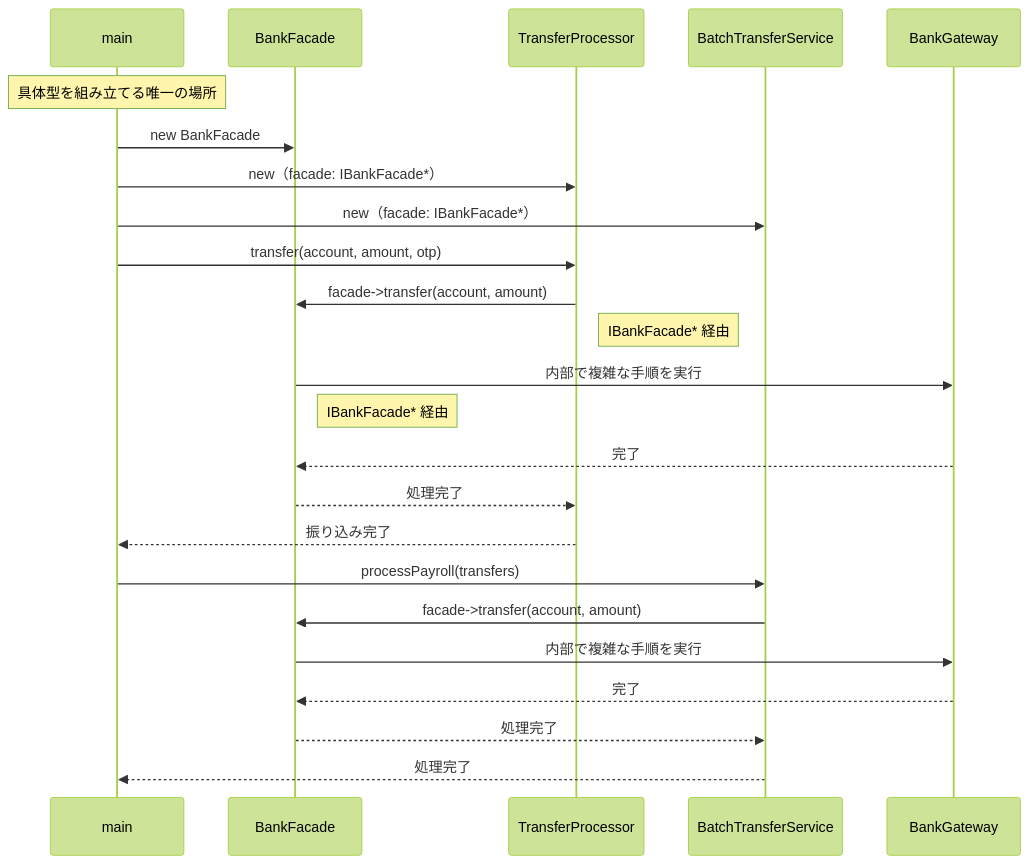
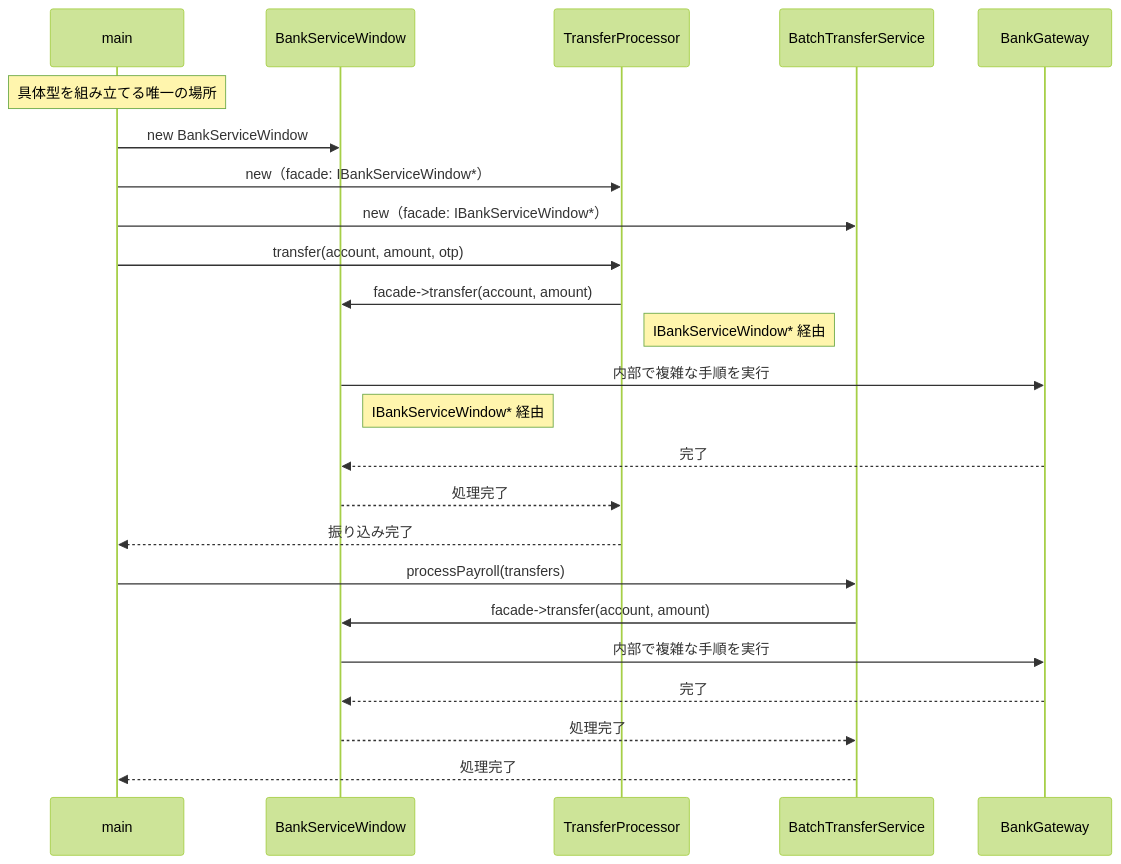
Before and after one commit to kumachan1101-pixel/DesignPattern: diagram 11 of 14 in kindle/design-patterns/output/chapter02.md, drawn with Mermaid (forest theme). The commit also changed other lines of this file and 2 other files, not shown here.

````diff
--- a/kindle/design-patterns/output/chapter02.md
+++ b/kindle/design-patterns/output/chapter02.md
@@ -1018,26 +1018,26 @@
 ```mermaid
 sequenceDiagram
     participant main
-    participant BF as BankFacade
+    participant BF as BankServiceWindow
     participant TP as TransferProcessor
     participant BTS as BatchTransferService
     participant BG as BankGateway
     Note over main: 具体型を組み立てる唯一の場所
-    main->>BF: new BankFacade
-    main->>TP: new（facade: IBankFacade*）
-    main->>BTS: new（facade: IBankFacade*）
+    main->>BF: new BankServiceWindow
+    main->>TP: new（facade: IBankServiceWindow*）
+    main->>BTS: new（facade: IBankServiceWindow*）
     main->>TP: transfer(account, amount, otp)
     TP->>BF: facade->transfer(account, amount)
-    Note right of TP: IBankFacade* 経由
+    Note right of TP: IBankServiceWindow* 経由
     BF->>BG: 内部で複雑な手順を実行
-    Note right of BF: IBankFacade* 経由
+    Note right of BF: IBankServiceWindow* 経由
     BG-->>BF: 完了
     BF-->>TP: 処理完了
     TP-->>main: 振り込み完了
     main->>BTS: processPayroll(transfers)
     BTS->>BF: facade->transfer(account, amount)
     BF->>BG: 内部で複雑な手順を実行
     BG-->>BF: 完了
     BF-->>BTS: 処理完了
     BTS-->>main: 処理完了
 ```
````
